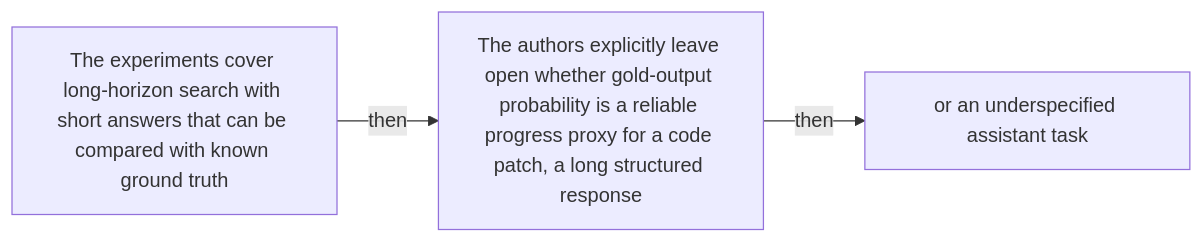
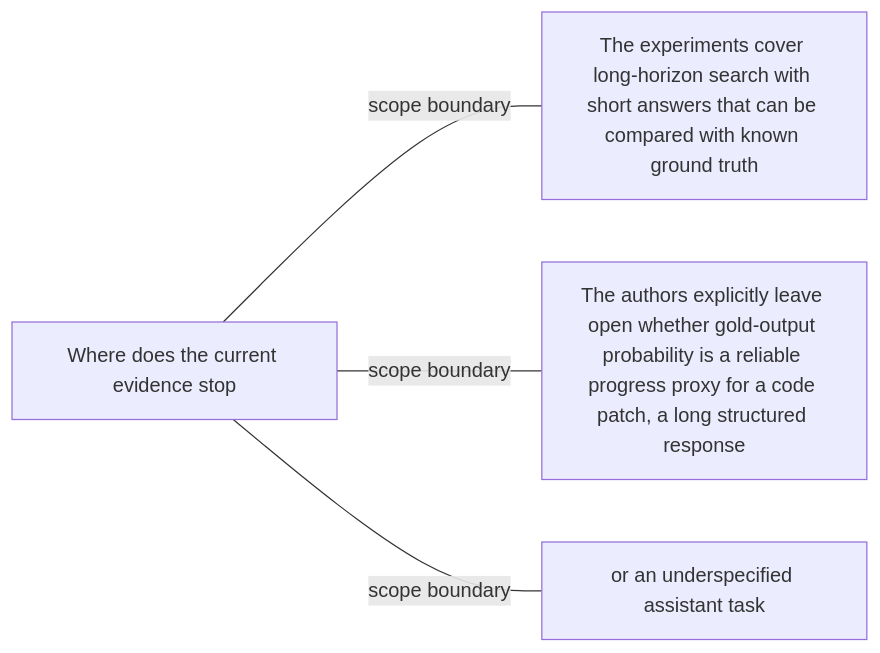
Before and after one commit to Betancourt1/paper_atlas: diagram 39 of 48 in docs/visual-manifests/VISUAL_MANIFEST_TRACE.md, drawn with Mermaid. The commit also changed other lines of this file and 7 other files, not shown here.

````diff
--- a/docs/visual-manifests/VISUAL_MANIFEST_TRACE.md
+++ b/docs/visual-manifests/VISUAL_MANIFEST_TRACE.md
@@ -3211,8 +3342,10 @@
 ```mermaid
 flowchart LR
-  n1["The experiments cover long-horizon search with short answers that can be compared with known ground truth"]
-  n2["The authors explicitly leave open whether gold-output probability is a reliable progress proxy for a code patch, a long structured response"]
-  n3["or an underspecified assistant task"]
-  n1 -->|"then"| n2
-  n2 -->|"then"| n3
+  center["Where does the current evidence stop"]
+  f1["The experiments cover long-horizon search with short answers that can be compared with known ground truth"]
+  f2["The authors explicitly leave open whether gold-output probability is a reliable progress proxy for a code patch, a long structured response"]
+  f3["or an underspecified assistant task"]
+  center ---|"scope boundary"| f1
+  center ---|"scope boundary"| f2
+  center ---|"scope boundary"| f3
 ```
````
